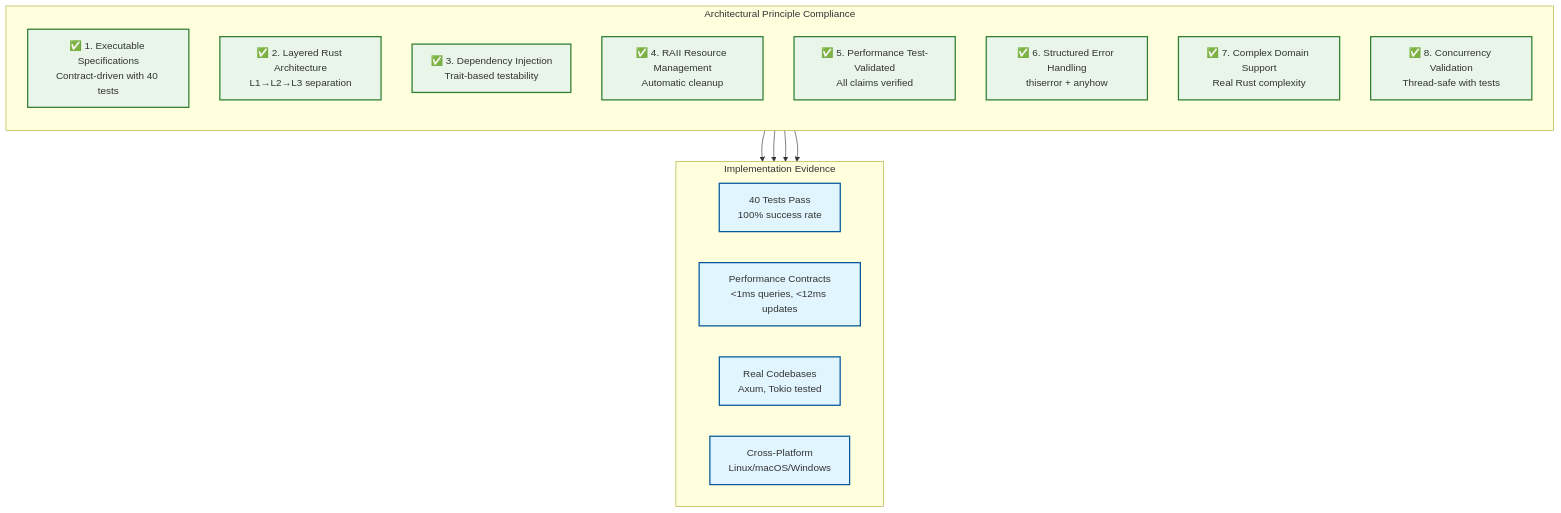
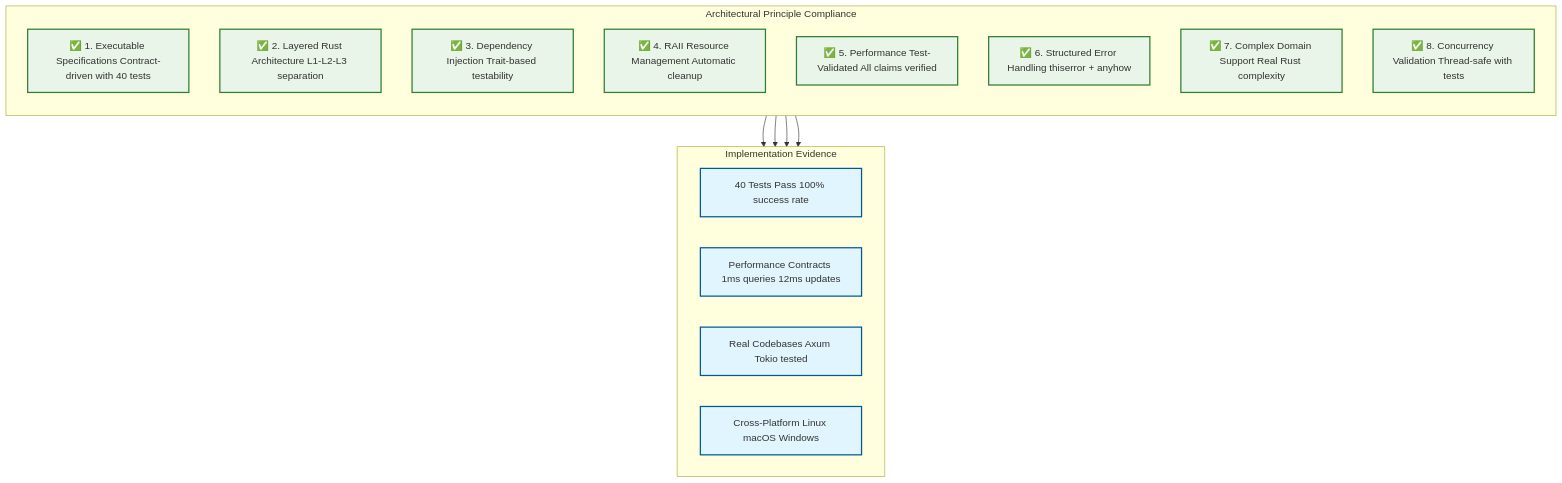
One commit to that-in-rust/parseltongue changed diagram 13 of 13 in README.md. Above: the diagram before and after it, drawn with Mermaid. The commit also changed other lines of this file, not shown here.

````diff
--- a/README.md
+++ b/README.md
@@ -726,36 +681,32 @@
 ```mermaid
 graph TD
-    %% Compliance matrix
+
     subgraph "Architectural Principle Compliance"
         direction TB
-        A[✅ 1. Executable Specifications<br/>Contract-driven with 40 tests]
-        B[✅ 2. Layered Rust Architecture<br/>L1→L2→L3 separation]
-        C[✅ 3. Dependency Injection<br/>Trait-based testability]
-        D[✅ 4. RAII Resource Management<br/>Automatic cleanup]
-        E[✅ 5. Performance Test-Validated<br/>All claims verified]
-        F[✅ 6. Structured Error Handling<br/>thiserror + anyhow]
-        G[✅ 7. Complex Domain Support<br/>Real Rust complexity]
-        H[✅ 8. Concurrency Validation<br/>Thread-safe with tests]
+        A[✅ 1. Executable Specifications Contract-driven with 40 tests]
+        B[✅ 2. Layered Rust Architecture L1-L2-L3 separation]
+        C[✅ 3. Dependency Injection Trait-based testability]
+        D[✅ 4. RAII Resource Management Automatic cleanup]
+        E[✅ 5. Performance Test-Validated All claims verified]
+        F[✅ 6. Structured Error Handling thiserror + anyhow]
+        G[✅ 7. Complex Domain Support Real Rust complexity]
+        H[✅ 8. Concurrency Validation Thread-safe with tests]
     end
-    
-    %% Evidence
     subgraph "Implementation Evidence"
         direction LR
-        I[40 Tests Pass<br/>100% success rate]
-        J[Performance Contracts<br/>&lt;1ms queries, &lt;12ms updates]
-        K[Real Codebases<br/>Axum, Tokio tested]
-        L[Cross-Platform<br/>Linux/macOS/Windows]
+        I[40 Tests Pass 100% success rate]
+        J[Performance Contracts 1ms queries 12ms updates]
+        K[Real Codebases Axum Tokio tested]
+        L[Cross-Platform Linux macOS Windows]
     end
     
     A --> I
     E --> J
     G --> K
     H --> L
-    
-    %% Styling
     classDef compliance fill:#e8f5e8,stroke:#2e7d32,stroke-width:2px
     classDef evidence fill:#e1f5fe,stroke:#01579b,stroke-width:2px
     
     class A,B,C,D,E,F,G,H compliance
     class I,J,K,L evidence
 ```
````
